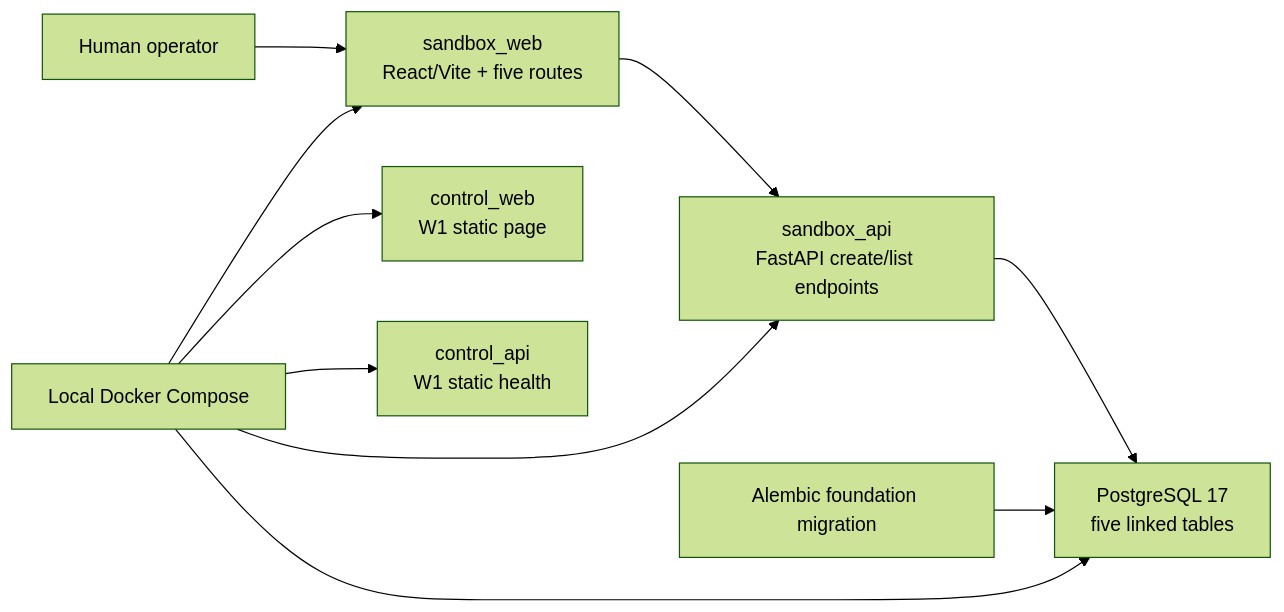
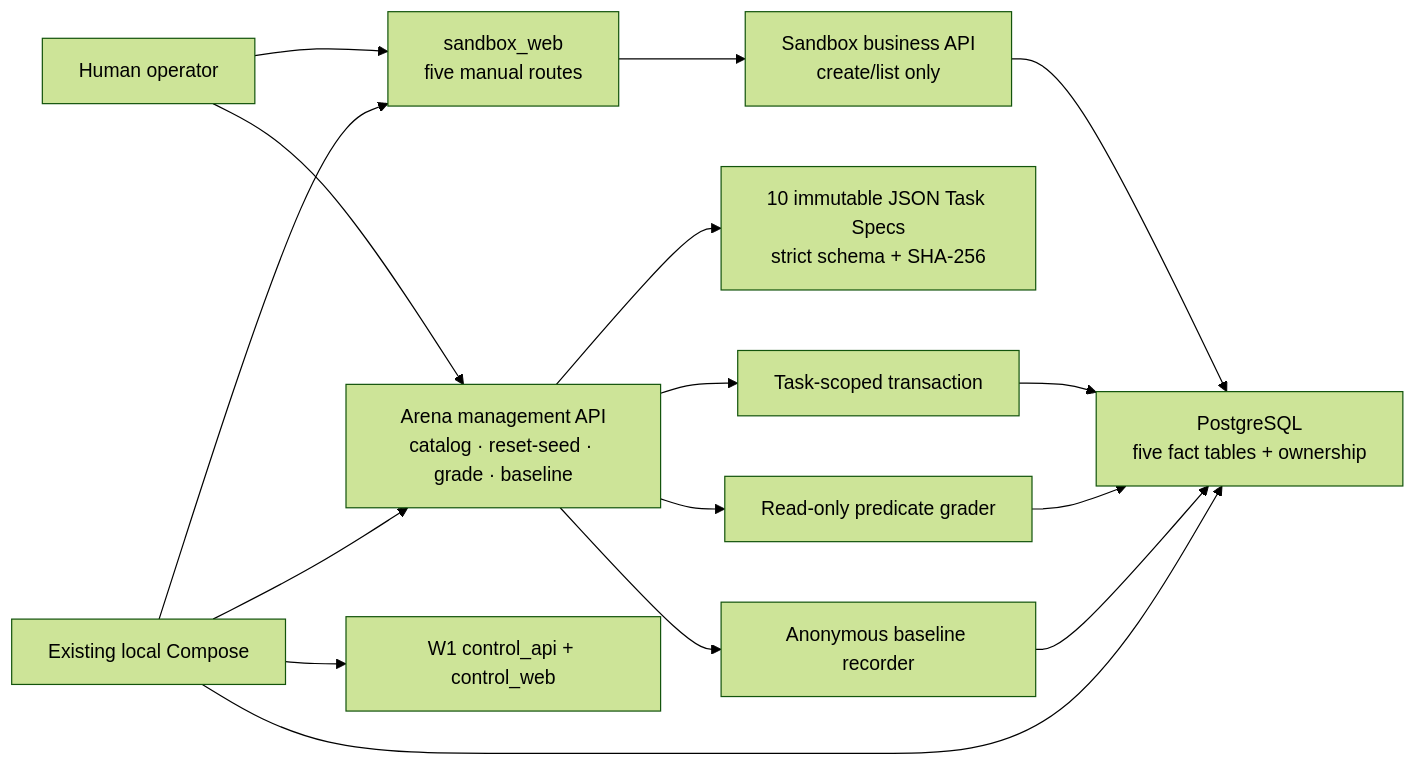
Before and after one commit to taka-wzx/flowpilot-arena: the first of 2 diagrams in docs/architecture.md, drawn with Mermaid (forest theme). The commit also changed other lines of this file and 40 other files, not shown here.

Commit message:
feat: establish W3 arena foundation

````diff
--- a/docs/architecture.md
+++ b/docs/architecture.md
@@ -9,13 +10,18 @@
 ```mermaid
 flowchart LR
-    Operator["Human operator"] --> SW["sandbox_web\nReact/Vite + five routes"]
-    SW --> SA["sandbox_api\nFastAPI create/list endpoints"]
-    SA --> PG["PostgreSQL 17\nfive linked tables"]
-    Migration["Alembic foundation migration"] --> PG
-
-    Compose["Local Docker Compose"] --> SW
-    Compose --> SA
+    Human["Human operator"] --> SW["sandbox_web\nfive manual routes"]
+    SW --> Business["Sandbox business API\ncreate/list only"]
+    Human --> Arena["Arena management API\ncatalog · reset-seed · grade · baseline"]
+    Arena --> Specs["10 immutable JSON Task Specs\nstrict schema + SHA-256"]
+    Arena --> Reset["Task-scoped transaction"]
+    Arena --> Grader["Read-only predicate grader"]
+    Arena --> Baseline["Anonymous baseline recorder"]
+    Business --> PG["PostgreSQL\nfive fact tables + ownership"]
+    Reset --> PG
+    Grader --> PG
+    Baseline --> PG
+    Compose["Existing local Compose"] --> SW
+    Compose --> Arena
     Compose --> PG
-    Compose --> CW["control_web\nW1 static page"]
-    Compose --> CA["control_api\nW1 static health"]
+    Compose --> W1["W1 control_api + control_web"]
 ```
````
